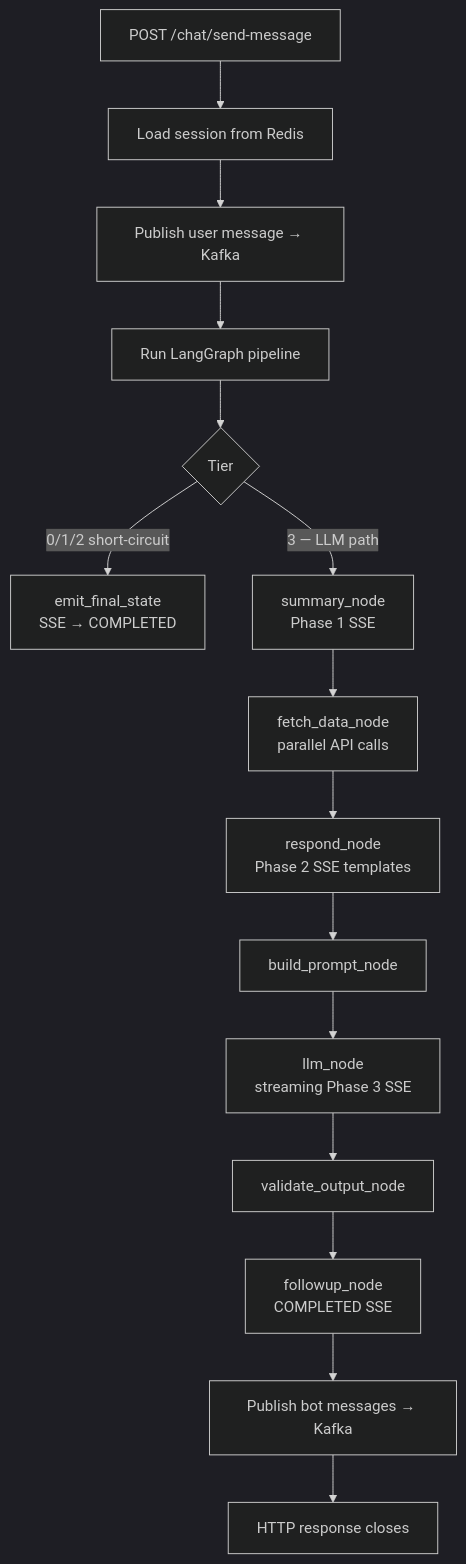
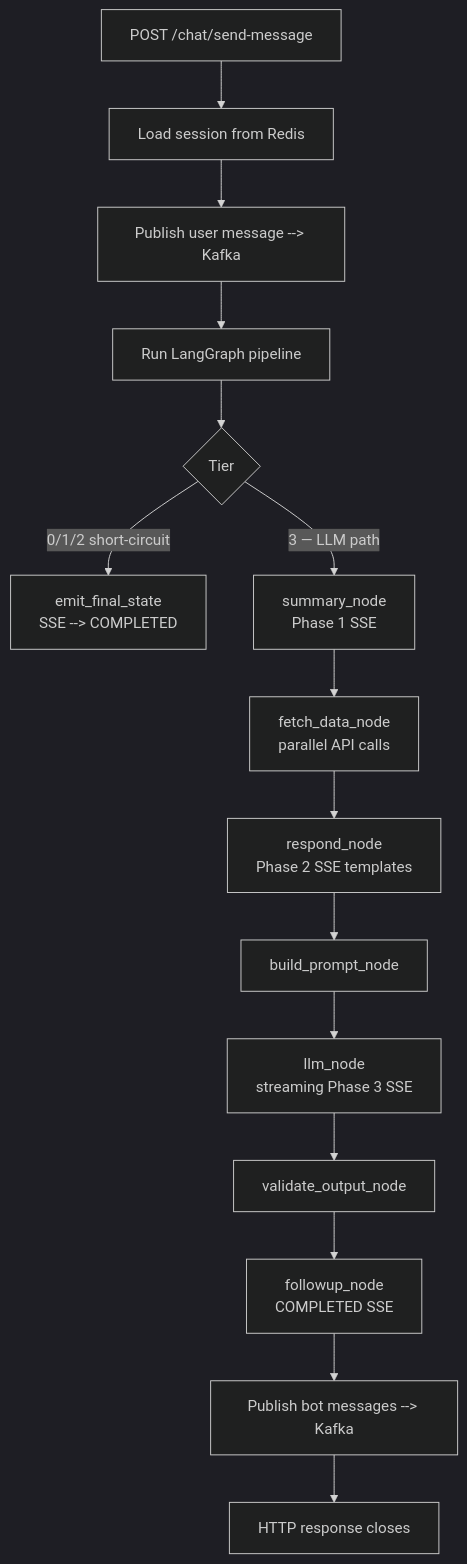
One commit to sachin-hg/chat-bot changed the first of 2 diagrams in docs/llm/lifecycle.md. Above: the diagram before and after it, drawn with Mermaid (dark theme). The commit also changed 15 other files, not shown here.

````diff
--- a/docs/llm/lifecycle.md
+++ b/docs/llm/lifecycle.md
@@ -11,19 +11,19 @@
 ```mermaid
 flowchart TD
     POST[POST /chat/send-message] --> SESSION[Load session from Redis]
-    SESSION --> KAFKA1[Publish user message → Kafka]
+    SESSION --> KAFKA1[Publish user message --> Kafka]
     KAFKA1 --> PIPELINE[Run LangGraph pipeline]
 
     PIPELINE --> TIER{Tier}
-    TIER -->|0/1/2 short-circuit| SSE_FAST[emit_final_state\nSSE → COMPLETED]
+    TIER -->|0/1/2 short-circuit| SSE_FAST[emit_final_state\nSSE --> COMPLETED]
     TIER -->|3 — LLM path| PHASE1[summary_node\nPhase 1 SSE]
     PHASE1 --> FETCH[fetch_data_node\nparallel API calls]
     FETCH --> PHASE2[respond_node\nPhase 2 SSE templates]
     PHASE2 --> PROMPT[build_prompt_node]
     PROMPT --> LLM[llm_node\nstreaming Phase 3 SSE]
     LLM --> VALIDATE[validate_output_node]
     VALIDATE --> FOLLOWUP[followup_node\nCOMPLETED SSE]
 
-    FOLLOWUP --> KAFKA2[Publish bot messages → Kafka]
+    FOLLOWUP --> KAFKA2[Publish bot messages --> Kafka]
     KAFKA2 --> CLOSE[HTTP response closes]
 ```
````
